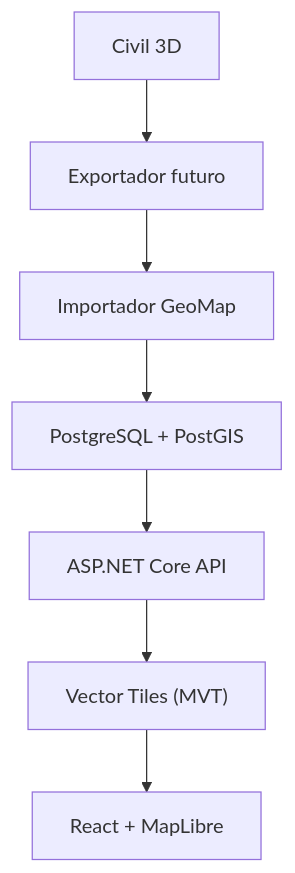
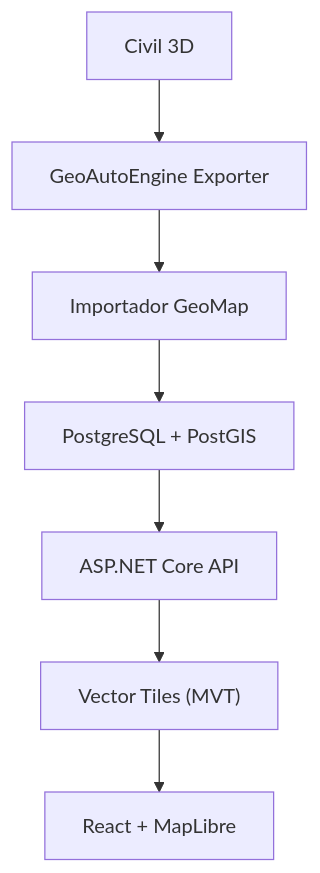
Before and after one commit to JonhyGonc/GeoEcosystem: the diagram in docs/ARCHITECTURE.md, drawn with Mermaid. The commit also changed other lines of this file and 14 other files, not shown here.

Commit message:
feat: integrar exportador Civil 3D do GeoAutoEngine

```diff
--- a/docs/ARCHITECTURE.md
+++ b/docs/ARCHITECTURE.md
@@ -5,9 +5,9 @@
 ~~~mermaid
 flowchart TD
-    CAD["Civil 3D"] --> EXP["Exportador futuro"]
+    CAD["Civil 3D"] --> EXP["GeoAutoEngine Exporter"]
     EXP --> IMP["Importador GeoMap"]
     IMP --> DB["PostgreSQL + PostGIS"]
     DB --> API["ASP.NET Core API"]
     API --> MVT["Vector Tiles (MVT)"]
     MVT --> WEB["React + MapLibre"]
 ~~~
```
